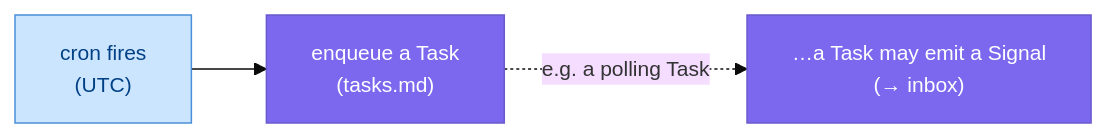
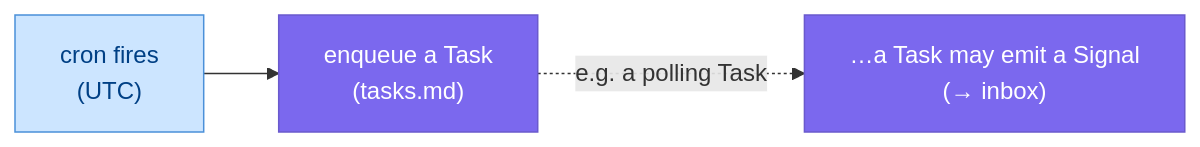
Before and after one commit to alex-oleshkevich/dailydrift: the diagram in specs/periodic-tasks.md, drawn with Mermaid. The commit also changed other lines of this file and 44 other files, not shown here.

````diff
--- a/specs/periodic-tasks.md
+++ b/specs/periodic-tasks.md
@@ -61,13 +65,12 @@
 ```mermaid
-%%{init: {'theme': 'base', 'themeVariables': {'fontSize': '14px'}}}%%
 flowchart LR
     classDef sched fill:#CCE5FF,stroke:#4A90D9,color:#004085
     classDef work fill:#7B68EE,stroke:#6A5ACD,color:#fff
 
-    SCHED["cron fires\n(UTC)"]:::sched
-    TASK["enqueue a Task\n(tasks.md)"]:::work
-    SIG["…a Task may emit a Signal\n(→ inbox)"]:::work
+    SCHED["cron fires<br/>(UTC)"]:::sched
+    TASK["enqueue a Task<br/>(tasks.md)"]:::work
+    SIG["…a Task may emit a Signal<br/>(→ inbox)"]:::work
 
     SCHED --> TASK
     TASK -.->|"e.g. a polling Task"| SIG
 ```
````
